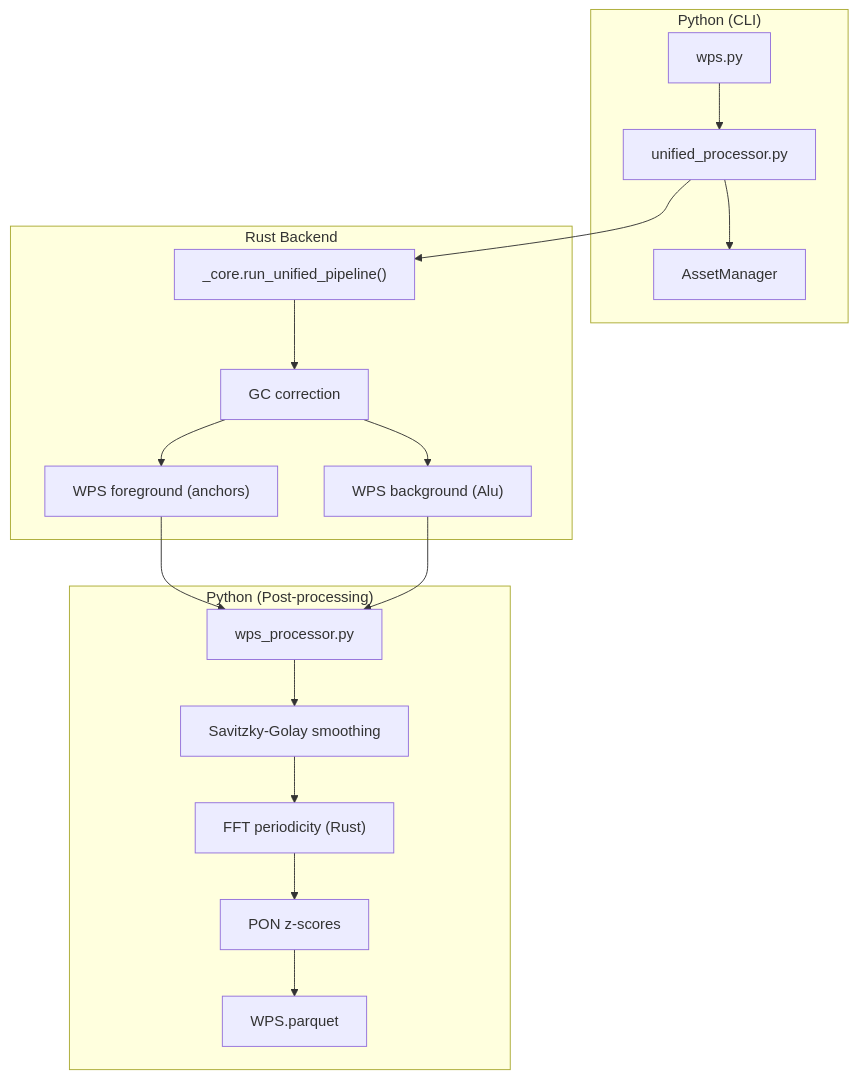
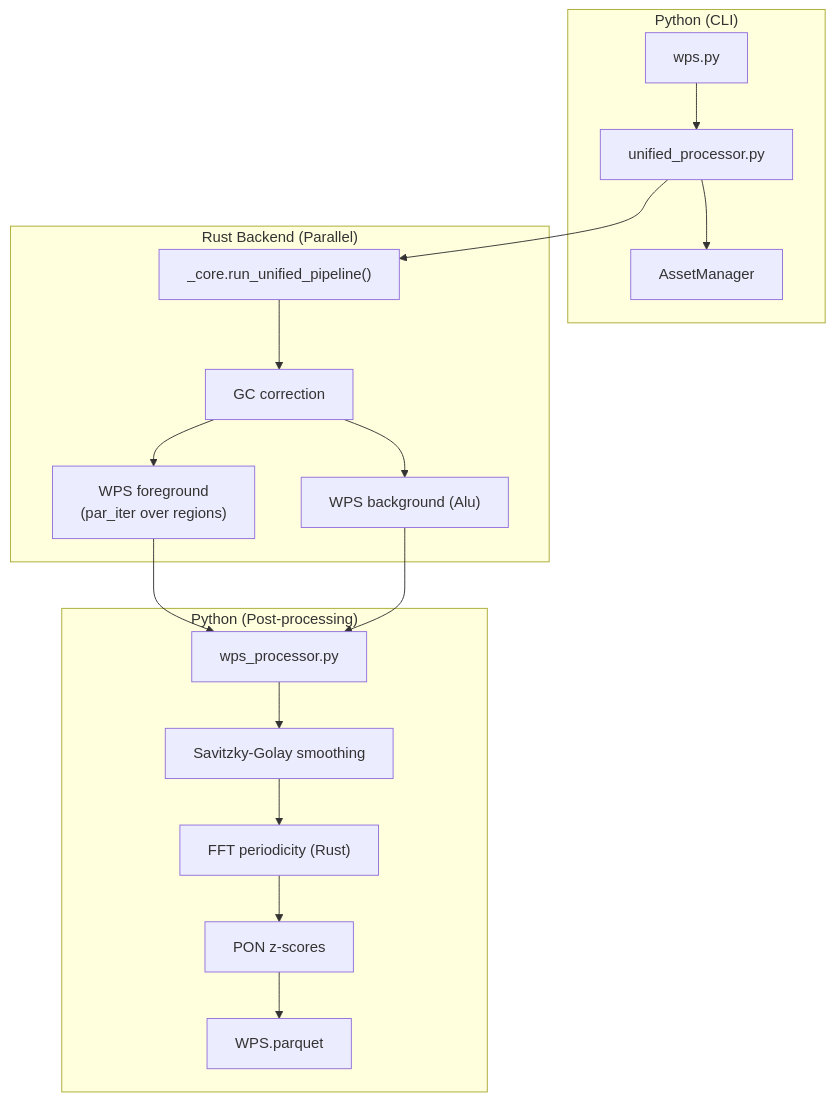
The diagram in docs/features/wps.md (msk-access/krewlyzer), drawn with Mermaid before and after one commit. The commit also changed other lines of this file and 11 other files, not shown here.

````diff
--- a/docs/features/wps.md
+++ b/docs/features/wps.md
@@ -50,23 +50,23 @@
 ```mermaid
 flowchart TB
     subgraph "Python (CLI)"
         CLI["wps.py"] --> UP["unified_processor.py"]
         UP --> ASSETS["AssetManager"]
     end
     
-    subgraph "Rust Backend"
+    subgraph "Rust Backend (Parallel)"
         UP --> RUST["_core.run_unified_pipeline()"]
         RUST --> GC["GC correction"]
-        GC --> WPS_NUC["WPS foreground (anchors)"]
+        GC --> WPS_NUC["WPS foreground<br/>(par_iter over regions)"]
         GC --> WPS_BG["WPS background (Alu)"]
     end
     
     subgraph "Python (Post-processing)"
         WPS_NUC --> PROC["wps_processor.py"]
         WPS_BG --> PROC
         PROC --> SMOOTH["Savitzky-Golay smoothing"]
         SMOOTH --> FFT["FFT periodicity (Rust)"]
         FFT --> PON["PON z-scores"]
         PON --> OUT["WPS.parquet"]
     end
 ```
````
